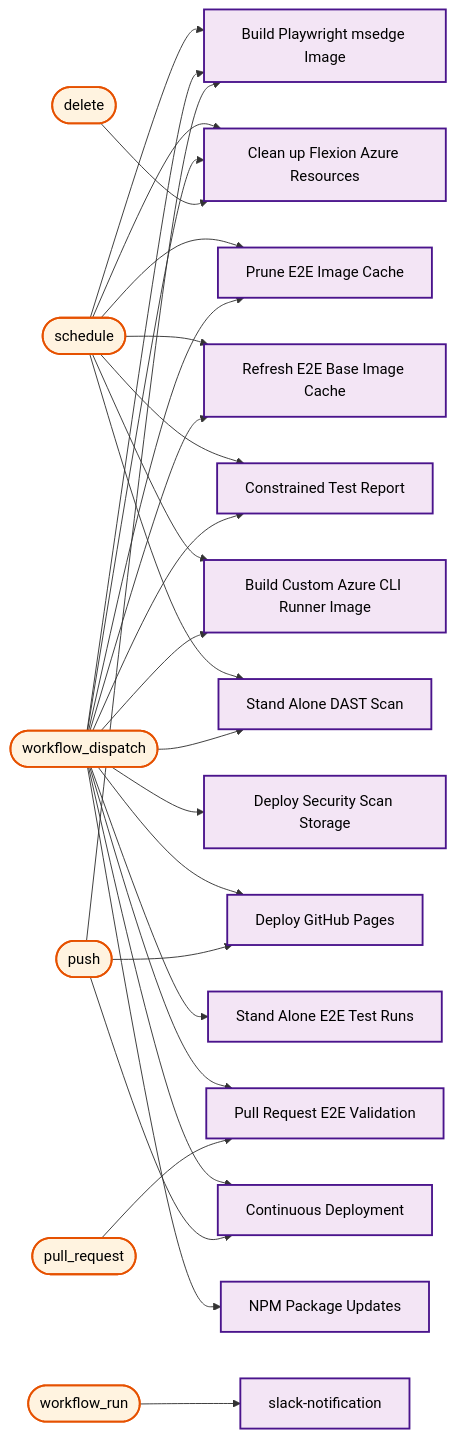
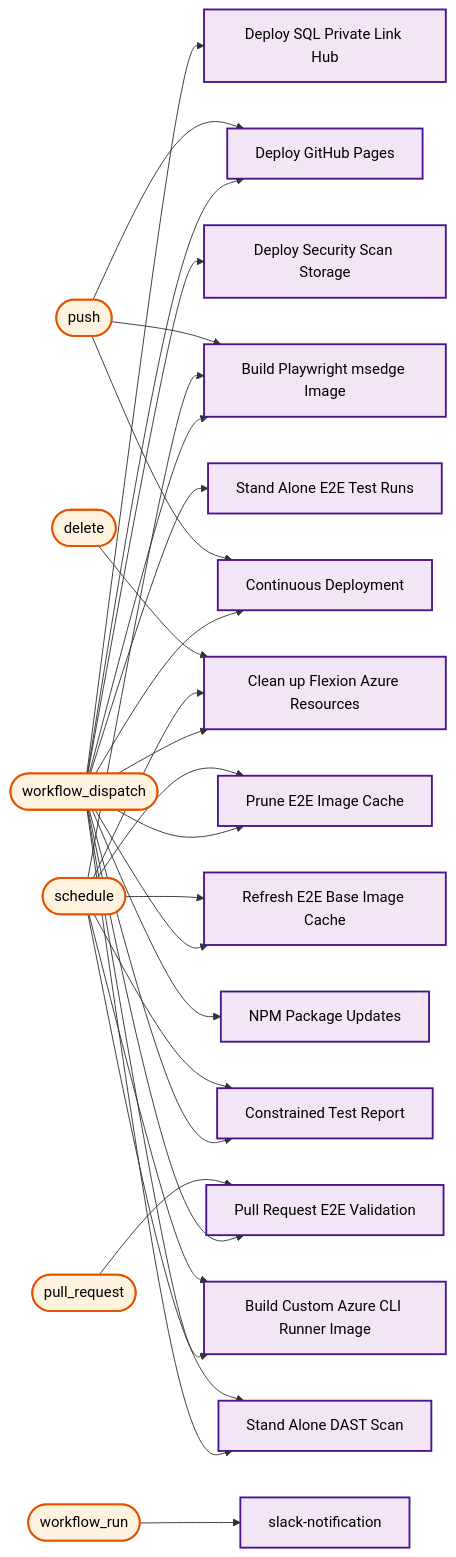
Diagram 26 of 26 in docs/operations/workflow-diagram.md (US-Trustee-Program/Bankruptcy-Oversight-Support-Systems), drawn with Mermaid before and after one commit. The commit also changed other lines of this file and 3 other files, not shown here.

````diff
--- a/docs/operations/workflow-diagram.md
+++ b/docs/operations/workflow-diagram.md
@@ -1235,14 +1258,7 @@
 ```mermaid
 flowchart LR
-    trigger_schedule(["schedule"])
-    build_playwright_msedge_image_yml["Build Playwright msedge Image"]
-    azure_remove_branch_yml["Clean up Flexion Azure Resources"]
-    prune_e2e_image_cache_yml["Prune E2E Image Cache"]
-    refresh_e2e_base_images_yml["Refresh E2E Base Image Cache"]
-    constrained_test_report_yml["Constrained Test Report"]
-    build_azure_cli_image_yml["Build Custom Azure CLI Runner Image"]
-    dast_scan_yml["Stand Alone DAST Scan"]
     trigger_workflow_dispatch(["workflow_dispatch"])
+    deploy_sql_hub_yml["Deploy SQL Private Link Hub"]
     build_playwright_msedge_image_yml["Build Playwright msedge Image"]
     deploy_security_scan_storage_yml["Deploy Security Scan Storage"]
     deploy_pages_yml["Deploy GitHub Pages"]
@@ -1256,6 +1272,14 @@
     build_azure_cli_image_yml["Build Custom Azure CLI Runner Image"]
     dast_scan_yml["Stand Alone DAST Scan"]
     update_dependencies_yml["NPM Package Updates"]
+    trigger_schedule(["schedule"])
+    build_playwright_msedge_image_yml["Build Playwright msedge Image"]
+    azure_remove_branch_yml["Clean up Flexion Azure Resources"]
+    prune_e2e_image_cache_yml["Prune E2E Image Cache"]
+    refresh_e2e_base_images_yml["Refresh E2E Base Image Cache"]
+    constrained_test_report_yml["Constrained Test Report"]
+    build_azure_cli_image_yml["Build Custom Azure CLI Runner Image"]
+    dast_scan_yml["Stand Alone DAST Scan"]
     trigger_push(["push"])
     build_playwright_msedge_image_yml["Build Playwright msedge Image"]
     deploy_pages_yml["Deploy GitHub Pages"]
@@ -1267,13 +1291,7 @@
     trigger_workflow_run(["workflow_run"])
     slack_notification_yml["slack-notification"]
 
-    trigger_schedule --> build_playwright_msedge_image_yml
-    trigger_schedule --> azure_remove_branch_yml
-    trigger_schedule --> prune_e2e_image_cache_yml
-    trigger_schedule --> refresh_e2e_base_images_yml
-    trigger_schedule --> constrained_test_report_yml
-    trigger_schedule --> build_azure_cli_image_yml
-    trigger_schedule --> dast_scan_yml
+    trigger_workflow_dispatch --> deploy_sql_hub_yml
     trigger_workflow_dispatch --> build_playwright_msedge_image_yml
     trigger_workflow_dispatch --> deploy_security_scan_storage_yml
     trigger_workflow_dispatch --> deploy_pages_yml
@@ -1287,6 +1305,13 @@
     trigger_workflow_dispatch --> build_azure_cli_image_yml
     trigger_workflow_dispatch --> dast_scan_yml
     trigger_workflow_dispatch --> update_dependencies_yml
+    trigger_schedule --> build_playwright_msedge_image_yml
+    trigger_schedule --> azure_remove_branch_yml
+    trigger_schedule --> prune_e2e_image_cache_yml
+    trigger_schedule --> refresh_e2e_base_images_yml
+    trigger_schedule --> constrained_test_report_yml
+    trigger_schedule --> build_azure_cli_image_yml
+    trigger_schedule --> dast_scan_yml
     trigger_push --> build_playwright_msedge_image_yml
     trigger_push --> deploy_pages_yml
     trigger_push --> continuous_deployment_yml
@@ -1297,12 +1322,13 @@
     classDef mainWorkflow fill:#f3e5f5,stroke:#4a148c,stroke-width:2px,color:#000000
     classDef trigger fill:#fff3e0,stroke:#e65100,stroke-width:2px,color:#000000
 
+    class trigger_workflow_dispatch trigger
     class trigger_schedule trigger
-    class trigger_workflow_dispatch trigger
     class trigger_push trigger
     class trigger_delete trigger
     class trigger_pull_request trigger
     class trigger_workflow_run trigger
+    class deploy_sql_hub_yml mainWorkflow
     class build_playwright_msedge_image_yml mainWorkflow
     class deploy_security_scan_storage_yml mainWorkflow
     class deploy_pages_yml mainWorkflow
````
